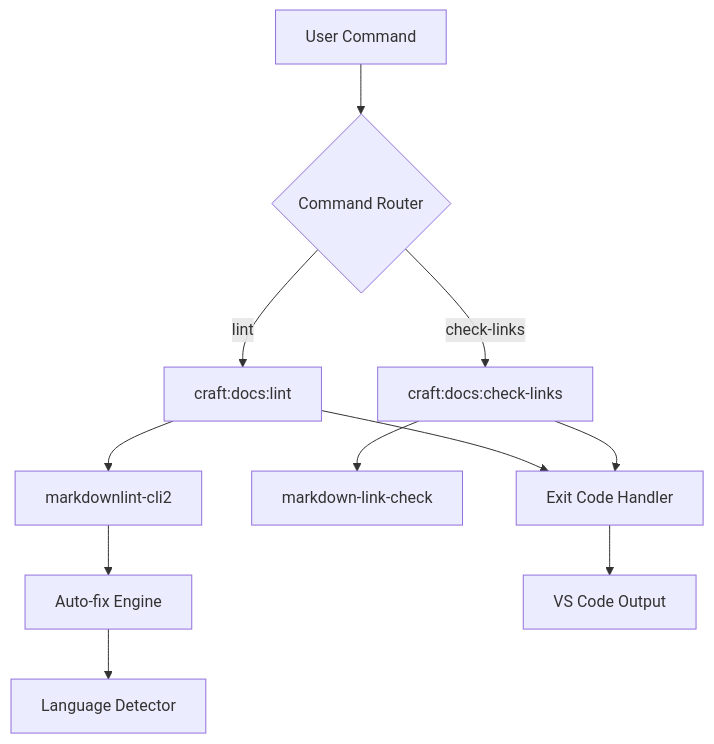
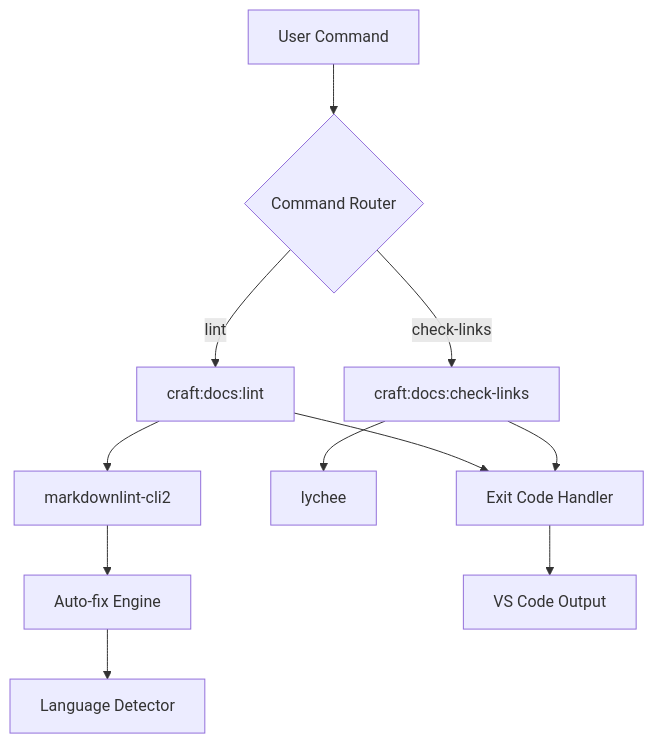
One commit to Data-Wise/craft changed the diagram in docs/guide/documentation-quality-development.md. Above: the diagram before and after it, drawn with Mermaid. The commit also changed other lines of this file and 9 other files, not shown here.

First line of the commit message:
chore(deps): replace markdown-link-check with Lychee for local link checking (#249)

````diff
--- a/docs/guide/documentation-quality-development.md
+++ b/docs/guide/documentation-quality-development.md
@@ -35,13 +35,13 @@
 ```mermaid
 graph TB
     A[User Command] --> B{Command Router}
     B -->|lint| C["craft:docs:lint"]
     B -->|check-links| D["craft:docs:check-links"]
     C --> E[markdownlint-cli2]
-    D --> F[markdown-link-check]
+    D --> F[lychee]
     E --> G[Auto-fix Engine]
     G --> H[Language Detector]
     C --> I[Exit Code Handler]
     D --> I
     I --> J[VS Code Output]
 ```
````
